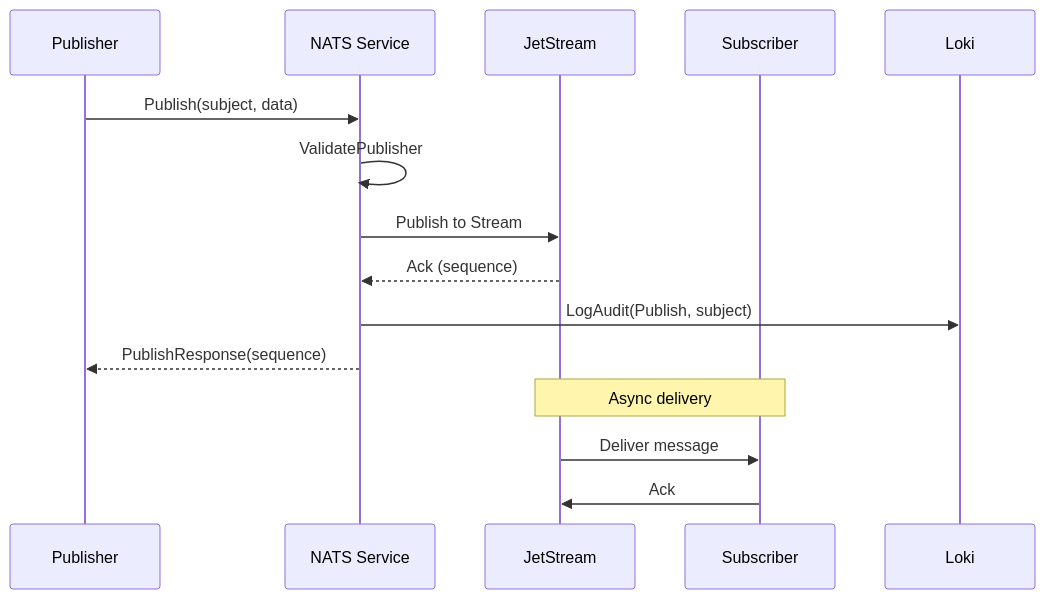
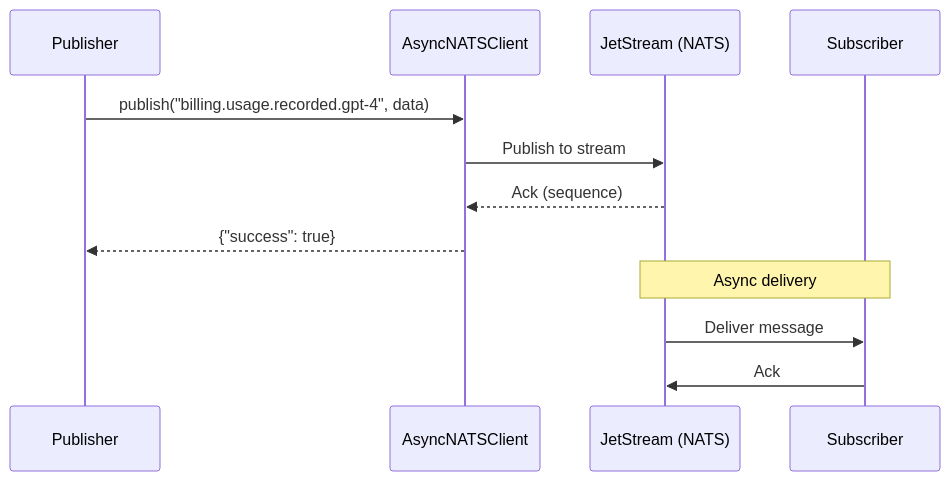
One commit to xenoISA/isA_Cloud changed the second of 3 diagrams in docs/design/README.md. Above: the diagram before and after it, drawn with Mermaid. The commit also changed other lines of this file and 5 other files, not shown here.

First line of the commit message:
docs: rewrite core docs to reflect Python-native architecture

````diff
--- a/docs/design/README.md
+++ b/docs/design/README.md
@@ -157,19 +149,16 @@
 ```mermaid
 sequenceDiagram
     participant P as Publisher
-    participant N as NATS Service
-    participant JS as JetStream
+    participant N as AsyncNATSClient
+    participant JS as JetStream (NATS)
     participant S as Subscriber
-    participant L as Loki
 
-    P->>N: Publish(subject, data)
-    N->>N: ValidatePublisher
-    N->>JS: Publish to Stream
+    P->>N: publish("billing.usage.recorded.gpt-4", data)
+    N->>JS: Publish to stream
     JS-->>N: Ack (sequence)
-    N->>L: LogAudit(Publish, subject)
-    N-->>P: PublishResponse(sequence)
+    N-->>P: {"success": true}
 
     Note over JS,S: Async delivery
     JS->>S: Deliver message
     S->>JS: Ack
 ```
````
